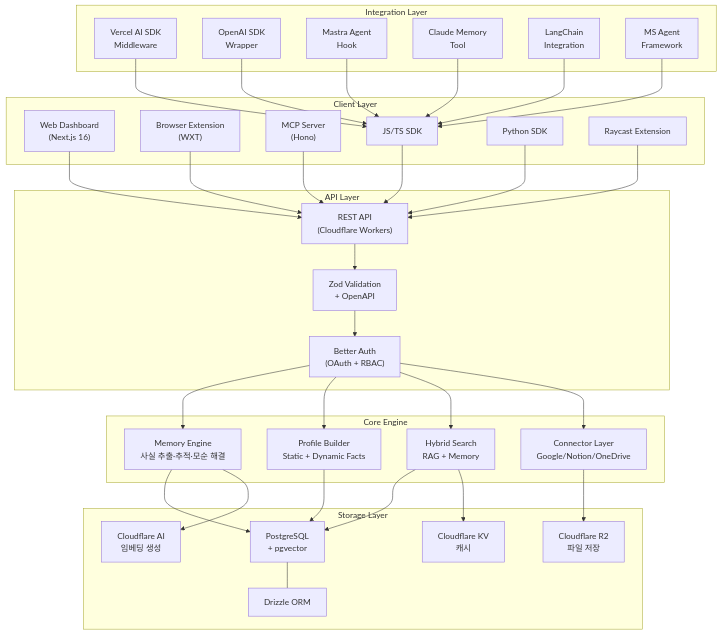
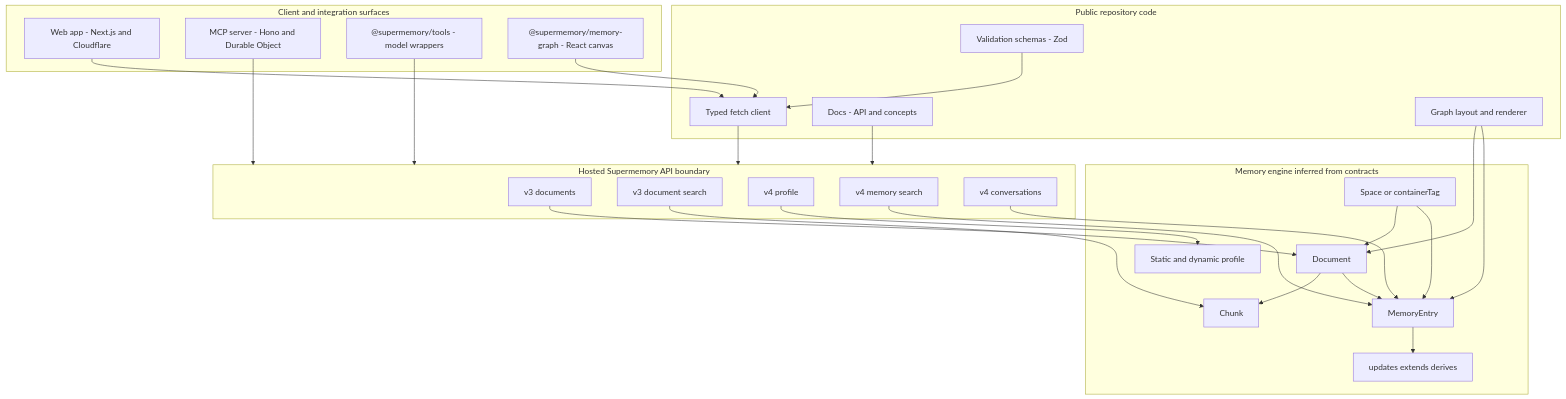
One commit to sangyun628/research changed the first of 2 diagrams in ai-agents/supermemory/README.md. Above: the diagram before and after it, drawn with Mermaid. The commit also changed other lines of this file and 4 other files, not shown here.

Commit message:
Add Supermemory code-level analysis

````diff
--- a/ai-agents/supermemory/README.md
+++ b/ai-agents/supermemory/README.md
@@ -93,51 +33,54 @@
 ```mermaid
-graph TB
-    subgraph "Client Layer"
-        WEB["Web Dashboard<br/>(Next.js 16)"]
-        EXT["Browser Extension<br/>(WXT)"]
-        MCP["MCP Server<br/>(Hono)"]
-        SDK_JS["JS/TS SDK"]
-        SDK_PY["Python SDK"]
-        RAYCAST["Raycast Extension"]
-    end
+flowchart TB
+  subgraph Clients["Client and integration surfaces"]
+    Web["Web app - Next.js and Cloudflare"]
+    MCP["MCP server - Hono and Durable Object"]
+    Tools["@supermemory/tools - model wrappers"]
+    Graph["@supermemory/memory-graph - React canvas"]
+  end
 
-    subgraph "Integration Layer"
-        VERCEL["Vercel AI SDK<br/>Middleware"]
-        OPENAI["OpenAI SDK<br/>Wrapper"]
-        MASTRA["Mastra Agent<br/>Hook"]
-        CLAUDE["Claude Memory<br/>Tool"]
-        LANGCHAIN["LangChain<br/>Integration"]
-        MS_AGENT["MS Agent<br/>Framework"]
-    end
+  subgraph PublicRepo["Public repository code"]
+    Validation["Validation schemas - Zod"]
+    FetchClient["Typed fetch client"]
+    Docs["Docs - API and concepts"]
+    GraphLogic["Graph layout and renderer"]
+  end
 
-    subgraph "API Layer"
-        API["REST API<br/>(Cloudflare Workers)"]
-        VALID["Zod Validation<br/>+ OpenAPI"]
-        AUTH["Better Auth<br/>(OAuth + RBAC)"]
-    end
+  subgraph HostedApi["Hosted Supermemory API boundary"]
+    V3Docs["v3 documents"]
+    V3Search["v3 document search"]
+    V4Profile["v4 profile"]
+    V4Search["v4 memory search"]
+    V4Conv["v4 conversations"]
+  end
 
-    subgraph "Core Engine"
-        MEM["Memory Engine<br/>사실 추출·추적·모순 해결"]
-        PROFILE["Profile Builder<br/>Static + Dynamic Facts"]
-        SEARCH["Hybrid Search<br/>RAG + Memory"]
-        CONN["Connector Layer<br/>Google/Notion/OneDrive"]
-    end
+  subgraph Engine["Memory engine inferred from contracts"]
+    Document["Document"]
+    Chunk["Chunk"]
+    Space["Space or containerTag"]
+    Memory["MemoryEntry"]
+    Relation["updates extends derives"]
+    Profile["Static and dynamic profile"]
+  end
 
-    subgraph "Storage Layer"
-        PG["PostgreSQL<br/>+ pgvector"]
-        DRIZZLE["Drizzle ORM"]
-        CF_AI["Cloudflare AI<br/>임베딩 생성"]
-        R2["Cloudflare R2<br/>파일 저장"]
-        KV["Cloudflare KV<br/>캐시"]
-    end
+  Web --> FetchClient
+  MCP --> HostedApi
+  Tools --> HostedApi
+  Graph --> FetchClient
+  FetchClient --> HostedApi
+  Validation --> FetchClient
+  Docs --> HostedApi
 
-    WEB & EXT & MCP & SDK_JS & SDK_PY & RAYCAST --> API
-    VERCEL & OPENAI & MASTRA & CLAUDE & LANGCHAIN & MS_AGENT --> SDK_JS
-    API --> VALID --> AUTH
-    AUTH --> MEM & PROFILE & SEARCH & CONN
-    MEM & PROFILE & SEARCH --> PG
-    PG --- DRIZZLE
-    MEM --> CF_AI
-    CONN --> R2
-    SEARCH --> KV
+  V3Docs --> Document
+  Document --> Chunk
+  Document --> Memory
+  V3Search --> Chunk
+  V4Search --> Memory
+  V4Profile --> Profile
+  V4Conv --> Memory
+  Memory --> Relation
+  Space --> Document
+  Space --> Memory
+  GraphLogic --> Document
+  GraphLogic --> Memory
 ```
````
